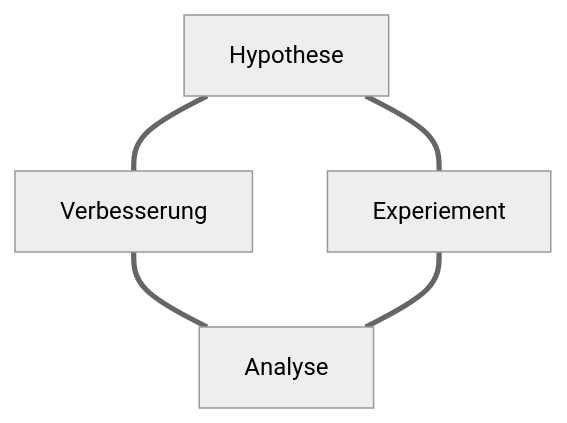
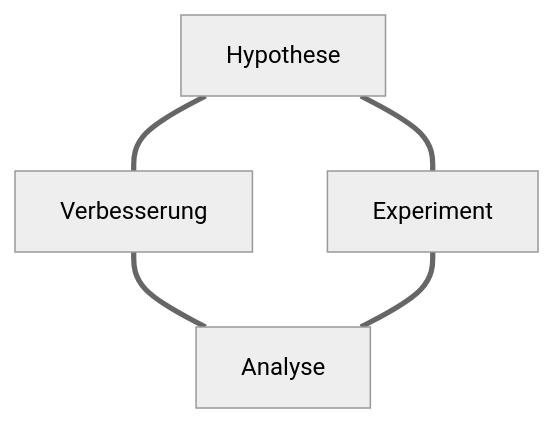
One commit to trichling/Lab.MicroToDo changed the first of 2 diagrams in documentation/chaosEngineering/slides.md. Above: the diagram before and after it, drawn with Mermaid (neutral theme). The commit also changed other lines of this file, not shown here.

````diff
--- a/documentation/chaosEngineering/slides.md
+++ b/documentation/chaosEngineering/slides.md
@@ -96,12 +103,12 @@
 ```mermaid { scale: 1.8 }
 graph TD;
  
     A[Hypothese] === B[Verbesserung];
  
-    A === C[Experiement];
+    A === C[Experiment];
  
     B === D[Analyse];
  
     C === D;
 
 ```
````
